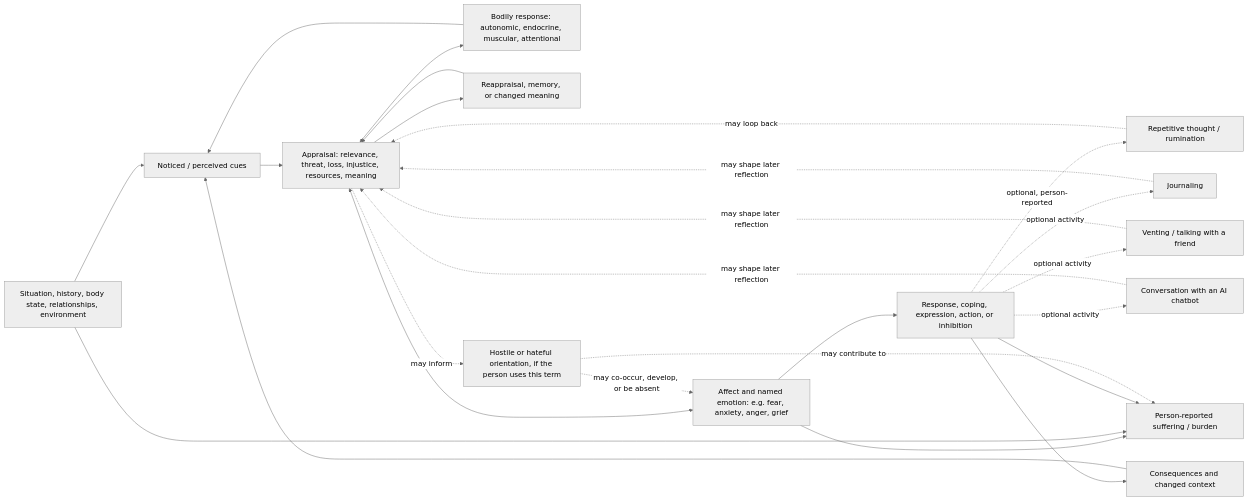
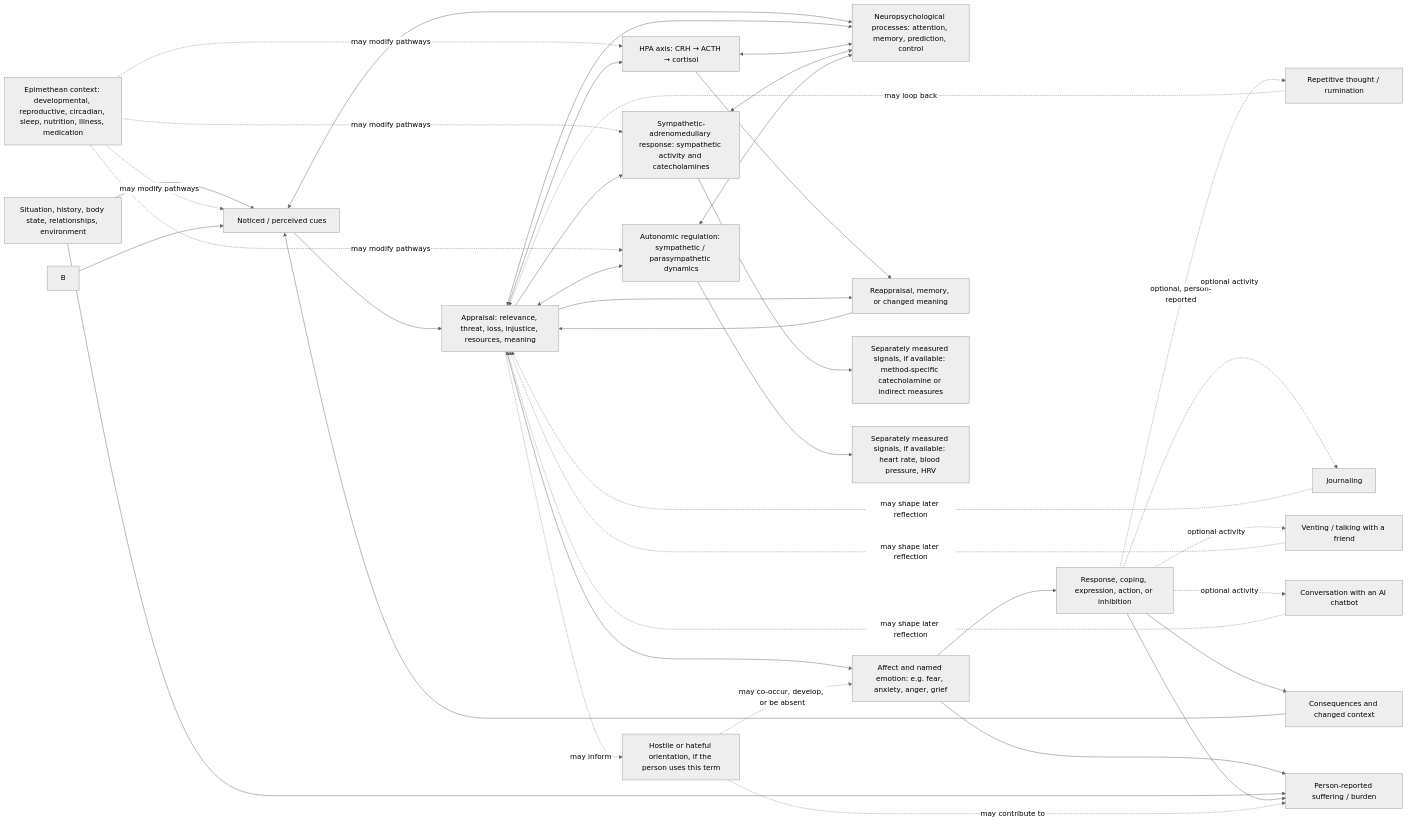
The diagram in docs/perception-stress-pathway.md (CastaliaInstitute/metheus), drawn with Mermaid (neutral theme) before and after one commit. The commit also changed other lines of this file and 2 other files, not shown here.

Commit message:
Align experience pathway with psychoneuroendocrine models

````diff
--- a/docs/perception-stress-pathway.md
+++ b/docs/perception-stress-pathway.md
@@ -13,27 +13,41 @@
 ```mermaid
 flowchart LR
     C[Situation, history, body state, relationships, environment] --> P[Noticed / perceived cues]
+    X[Epimethean context: developmental, reproductive, circadian, sleep, nutrition, illness, medication] -. may modify pathways .-> P
+    X -. may modify pathways .-> HPA
+    X -. may modify pathways .-> SAM
+    X -. may modify pathways .-> ANS
     P --> A[Appraisal: relevance, threat, loss, injustice, resources, meaning]
+    P <--> N[Neuropsychological processes: attention, memory, prediction, control]
+    A <--> N
     A <--> E[Affect and named emotion: e.g. fear, anxiety, anger, grief]
-    A <--> B[Bodily response: autonomic, endocrine, muscular, attentional]
+    A --> HPA[HPA axis: CRH → ACTH → cortisol]
+    A --> SAM[Sympathetic-adrenomedullary response: sympathetic activity and catecholamines]
+    A <--> ANS[Autonomic regulation: sympathetic / parasympathetic dynamics]
+    HPA <--> N
+    SAM <--> N
+    ANS <--> N
+    HPA --> M[Separately measured signals, if available: timed cortisol assay]
+    SAM --> M2[Separately measured signals, if available: method-specific catecholamine or indirect measures]
+    ANS --> M3[Separately measured signals, if available: heart rate, blood pressure, HRV]
     E --> R[Response, coping, expression, action, or inhibition]
     R -. optional, person-reported .-> T[Repetitive thought / rumination]
     R -. optional activity .-> J[Journaling]
     R -. optional activity .-> F[Venting / talking with a friend]
     R -. optional activity .-> AI[Conversation with an AI chatbot]
     T -. may loop back .-> A
     J -. may shape later reflection .-> A
     F -. may shape later reflection .-> A
     AI -. may shape later reflection .-> A
     B --> P
     R --> C2[Consequences and changed context]
     C2 --> P
     A --> M[Reappraisal, memory, or changed meaning]
     M --> A
     E --> S[Person-reported suffering / burden]
     C --> S
     R --> S
     H[Hostile or hateful orientation, if the person uses this term] -. may co-occur, develop, or be absent .-> E
     A -. may inform .-> H
     H -. may contribute to .-> S
 ```
````
